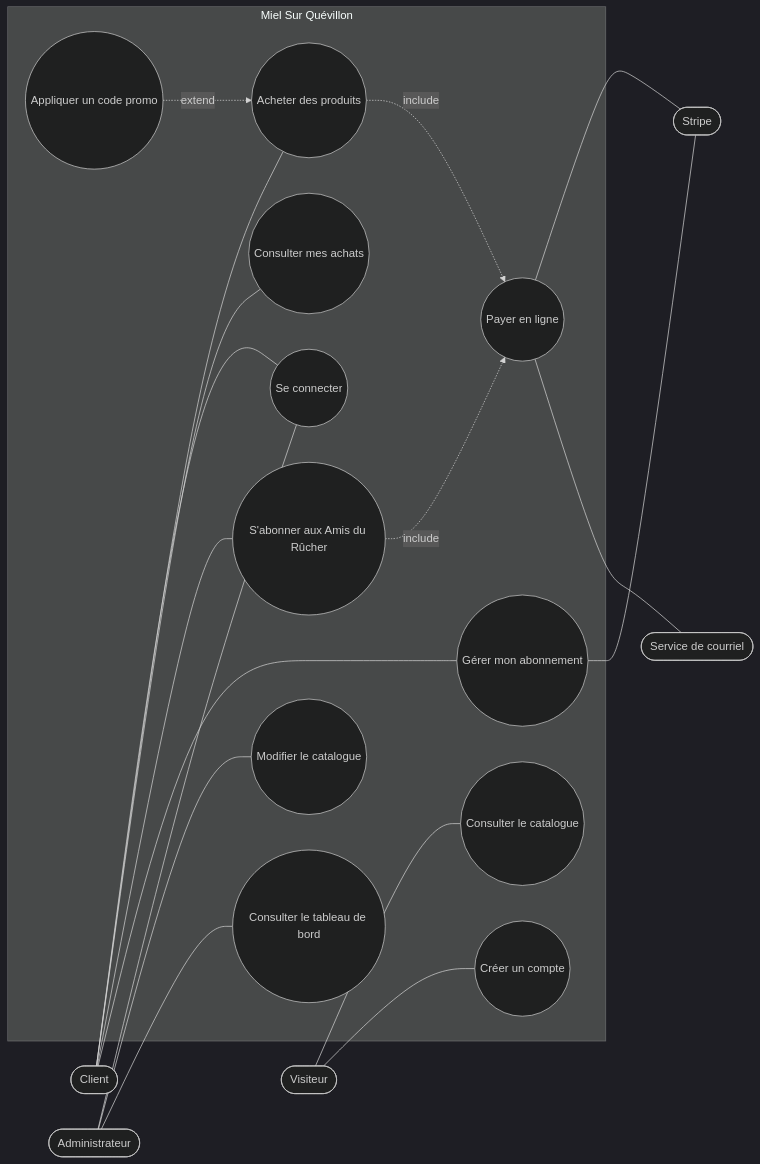
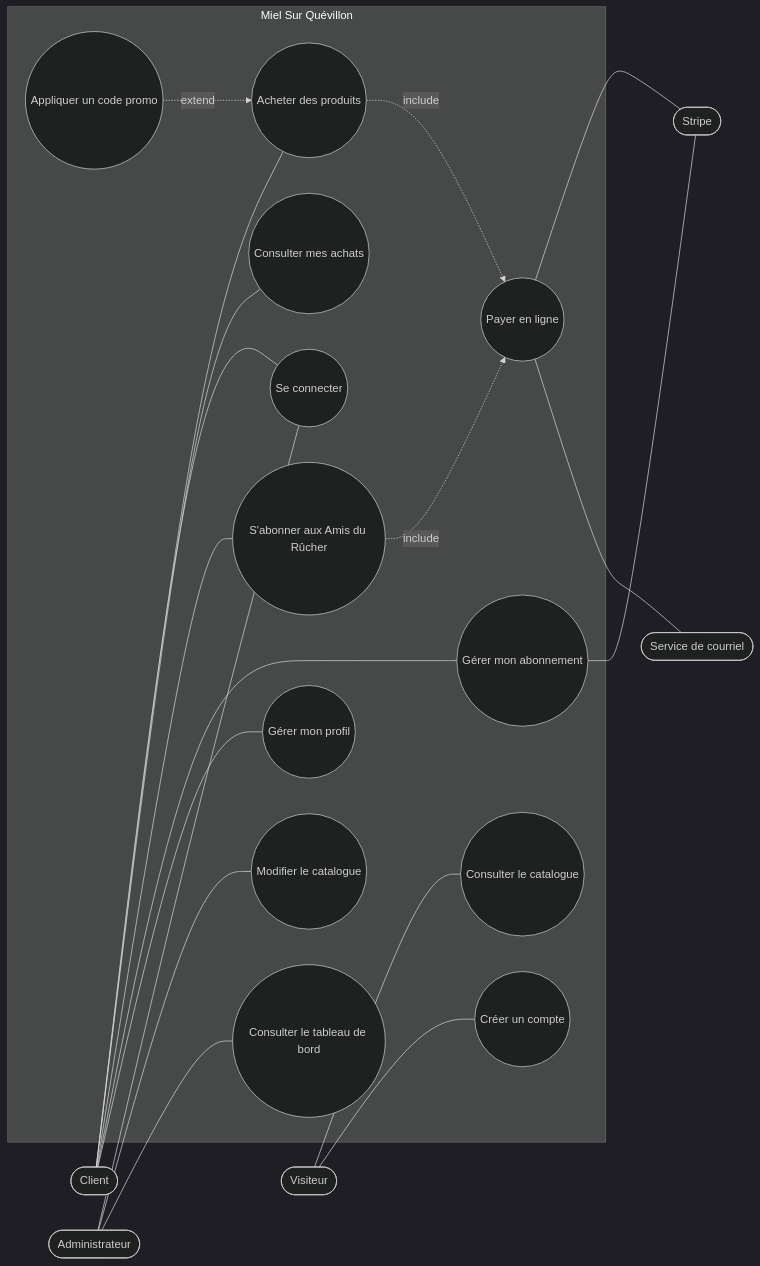
Before and after one commit to Grindy/LeMiel-sur-Quevillon: the diagram in docs/cahier-des-charges.md, drawn with Mermaid (dark theme). The commit also changed other lines of this file and 1 other file, not shown here.

First line of the commit message:
docs: user stories création de compte et espace client

````diff
--- a/docs/cahier-des-charges.md
+++ b/docs/cahier-des-charges.md
@@ -259,37 +260,39 @@
 ```mermaid
 flowchart LR
   Visiteur([Visiteur])
   Client([Client])
   Administrateur([Administrateur])
   Stripe([Stripe])
   Courriel([Service de courriel])
   subgraph Miel Sur Quévillon
     UC01((Consulter le catalogue))
     UC02((Acheter des produits))
     UC04((Consulter mes achats))
     UC05((Se connecter))
     UC06((Modifier le catalogue))
     UC07((S'abonner aux Amis du Rûcher))
     UC08((Gérer mon abonnement))
     UC09((Payer en ligne))
     UC11((Appliquer un code promo))
     UC12((Consulter le tableau de bord))
     UC13((Créer un compte))
+    UC14((Gérer mon profil))
   end
   Visiteur --- UC01
   Visiteur --- UC13
   Client --- UC05
   Client --- UC02
   Client --- UC04
   Client --- UC07
   Client --- UC08
+  Client --- UC14
   Administrateur --- UC05
   Administrateur --- UC06
   Administrateur --- UC12
   UC02 -. include .-> UC09
   UC07 -. include .-> UC09
   UC11 -. extend .-> UC02
   UC09 --- Stripe
   UC09 --- Courriel
   UC08 --- Stripe
 ```
````
